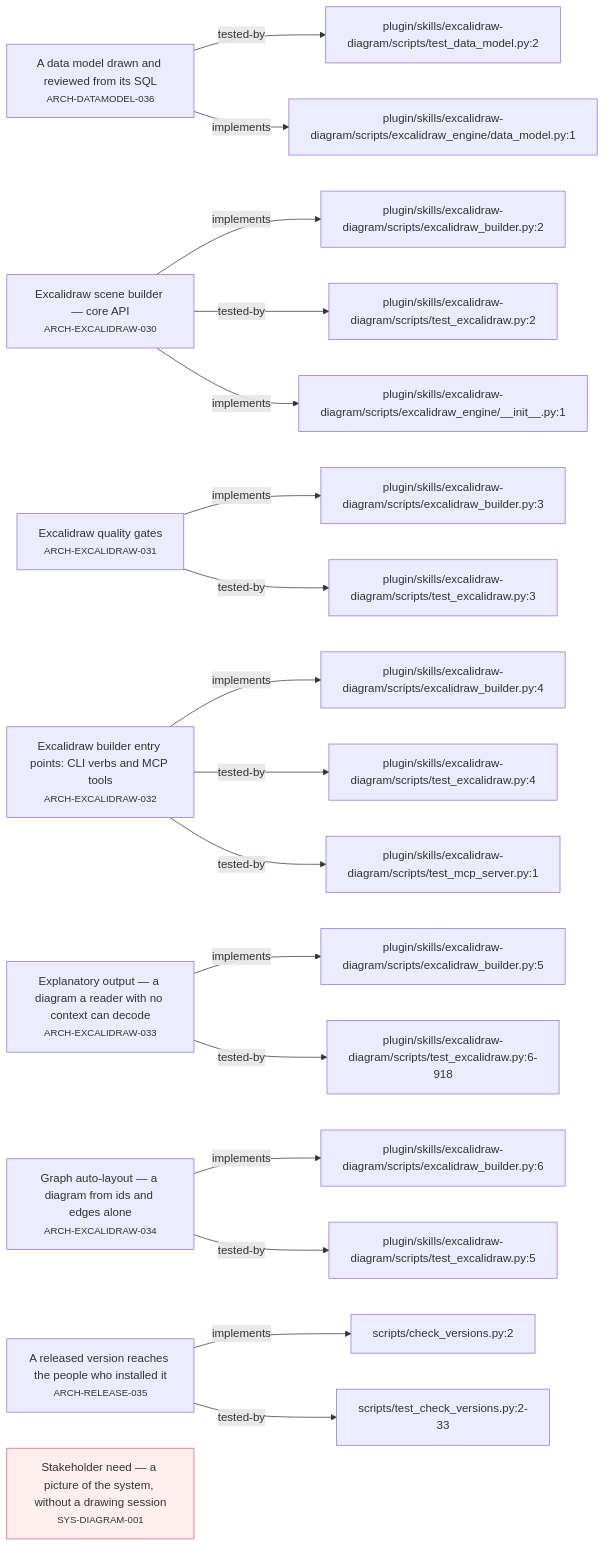
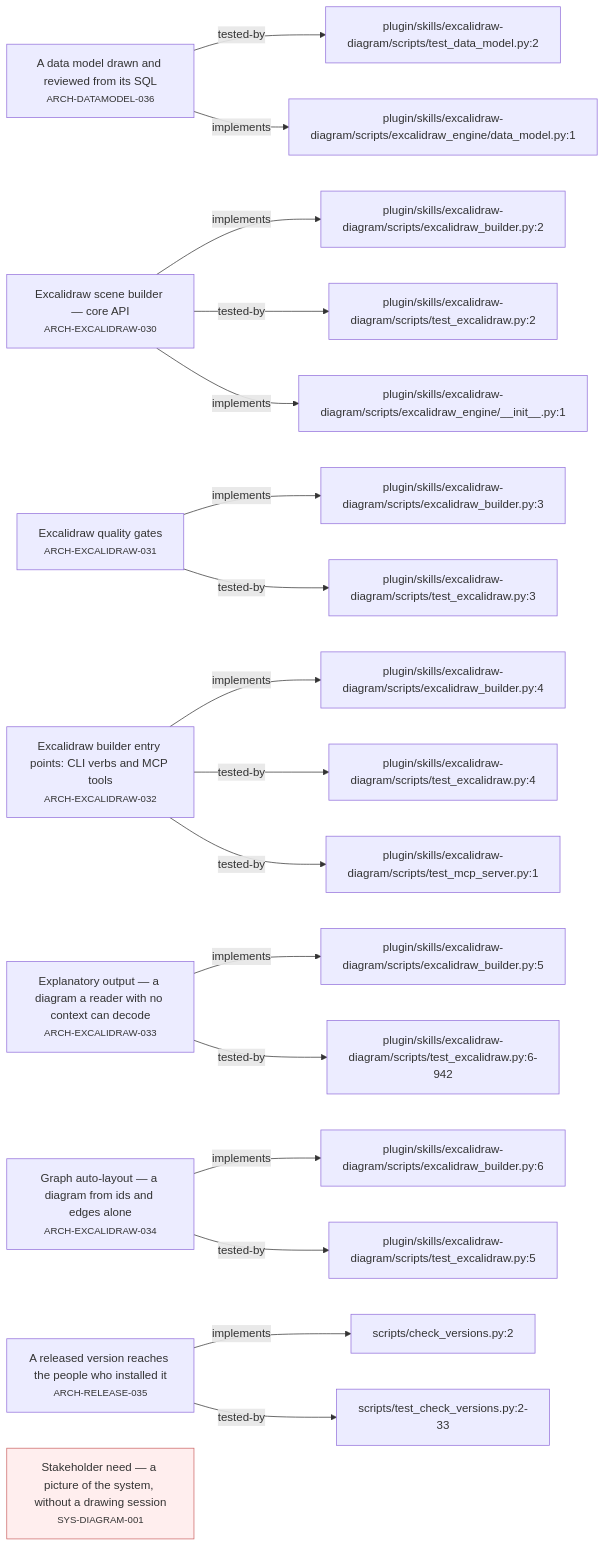
Before and after one commit to alxmax/excalidraw-diagram: the second of 4 diagrams in requirements/_map.md, drawn with Mermaid. The commit also changed other lines of this file and 12 other files, not shown here.

````diff
--- a/requirements/_map.md
+++ b/requirements/_map.md
@@ -70,44 +71,44 @@
 ```mermaid
 graph LR
   ARCH_DATAMODEL_036["A data model drawn and reviewed from its SQL<br><small>ARCH-DATAMODEL-036</small>"]
   f_plugin_skills_excalidraw_diagram_scripts_test_data_model_py_2["plugin/skills/excalidraw-diagram/scripts/test_data_model.py:2"]
   ARCH_DATAMODEL_036 -->|tested-by| f_plugin_skills_excalidraw_diagram_scripts_test_data_model_py_2
   f_plugin_skills_excalidraw_diagram_scripts_excalidraw_engine_data_model_py_1["plugin/skills/excalidraw-diagram/scripts/excalidraw_engine/data_model.py:1"]
   ARCH_DATAMODEL_036 -->|implements| f_plugin_skills_excalidraw_diagram_scripts_excalidraw_engine_data_model_py_1
   ARCH_EXCALIDRAW_030["Excalidraw scene builder — core API<br><small>ARCH-EXCALIDRAW-030</small>"]
   f_plugin_skills_excalidraw_diagram_scripts_excalidraw_builder_py_2["plugin/skills/excalidraw-diagram/scripts/excalidraw_builder.py:2"]
   ARCH_EXCALIDRAW_030 -->|implements| f_plugin_skills_excalidraw_diagram_scripts_excalidraw_builder_py_2
   f_plugin_skills_excalidraw_diagram_scripts_test_excalidraw_py_2["plugin/skills/excalidraw-diagram/scripts/test_excalidraw.py:2"]
   ARCH_EXCALIDRAW_030 -->|tested-by| f_plugin_skills_excalidraw_diagram_scripts_test_excalidraw_py_2
   f_plugin_skills_excalidraw_diagram_scripts_excalidraw_engine___init___py_1["plugin/skills/excalidraw-diagram/scripts/excalidraw_engine/__init__.py:1"]
   ARCH_EXCALIDRAW_030 -->|implements| f_plugin_skills_excalidraw_diagram_scripts_excalidraw_engine___init___py_1
   ARCH_EXCALIDRAW_031["Excalidraw quality gates<br><small>ARCH-EXCALIDRAW-031</small>"]
   f_plugin_skills_excalidraw_diagram_scripts_excalidraw_builder_py_3["plugin/skills/excalidraw-diagram/scripts/excalidraw_builder.py:3"]
   ARCH_EXCALIDRAW_031 -->|implements| f_plugin_skills_excalidraw_diagram_scripts_excalidraw_builder_py_3
   f_plugin_skills_excalidraw_diagram_scripts_test_excalidraw_py_3["plugin/skills/excalidraw-diagram/scripts/test_excalidraw.py:3"]
   ARCH_EXCALIDRAW_031 -->|tested-by| f_plugin_skills_excalidraw_diagram_scripts_test_excalidraw_py_3
   ARCH_EXCALIDRAW_032["Excalidraw builder entry points: CLI verbs and MCP tools<br><small>ARCH-EXCALIDRAW-032</small>"]
   f_plugin_skills_excalidraw_diagram_scripts_excalidraw_builder_py_4["plugin/skills/excalidraw-diagram/scripts/excalidraw_builder.py:4"]
   ARCH_EXCALIDRAW_032 -->|implements| f_plugin_skills_excalidraw_diagram_scripts_excalidraw_builder_py_4
   f_plugin_skills_excalidraw_diagram_scripts_test_excalidraw_py_4["plugin/skills/excalidraw-diagram/scripts/test_excalidraw.py:4"]
   ARCH_EXCALIDRAW_032 -->|tested-by| f_plugin_skills_excalidraw_diagram_scripts_test_excalidraw_py_4
   f_plugin_skills_excalidraw_diagram_scripts_test_mcp_server_py_1["plugin/skills/excalidraw-diagram/scripts/test_mcp_server.py:1"]
   ARCH_EXCALIDRAW_032 -->|tested-by| f_plugin_skills_excalidraw_diagram_scripts_test_mcp_server_py_1
   ARCH_EXCALIDRAW_033["Explanatory output — a diagram a reader with no context can decode<br><small>ARCH-EXCALIDRAW-033</small>"]
   f_plugin_skills_excalidraw_diagram_scripts_excalidraw_builder_py_5["plugin/skills/excalidraw-diagram/scripts/excalidraw_builder.py:5"]
   ARCH_EXCALIDRAW_033 -->|implements| f_plugin_skills_excalidraw_diagram_scripts_excalidraw_builder_py_5
-  f_plugin_skills_excalidraw_diagram_scripts_test_excalidraw_py_6_918["plugin/skills/excalidraw-diagram/scripts/test_excalidraw.py:6-918"]
-  ARCH_EXCALIDRAW_033 -->|tested-by| f_plugin_skills_excalidraw_diagram_scripts_test_excalidraw_py_6_918
+  f_plugin_skills_excalidraw_diagram_scripts_test_excalidraw_py_6_942["plugin/skills/excalidraw-diagram/scripts/test_excalidraw.py:6-942"]
+  ARCH_EXCALIDRAW_033 -->|tested-by| f_plugin_skills_excalidraw_diagram_scripts_test_excalidraw_py_6_942
   ARCH_EXCALIDRAW_034["Graph auto-layout — a diagram from ids and edges alone<br><small>ARCH-EXCALIDRAW-034</small>"]
   f_plugin_skills_excalidraw_diagram_scripts_excalidraw_builder_py_6["plugin/skills/excalidraw-diagram/scripts/excalidraw_builder.py:6"]
   ARCH_EXCALIDRAW_034 -->|implements| f_plugin_skills_excalidraw_diagram_scripts_excalidraw_builder_py_6
   f_plugin_skills_excalidraw_diagram_scripts_test_excalidraw_py_5["plugin/skills/excalidraw-diagram/scripts/test_excalidraw.py:5"]
   ARCH_EXCALIDRAW_034 -->|tested-by| f_plugin_skills_excalidraw_diagram_scripts_test_excalidraw_py_5
   ARCH_RELEASE_035["A released version reaches the people who installed it<br><small>ARCH-RELEASE-035</small>"]
   f_scripts_check_versions_py_2["scripts/check_versions.py:2"]
   ARCH_RELEASE_035 -->|implements| f_scripts_check_versions_py_2
   f_scripts_test_check_versions_py_2_33["scripts/test_check_versions.py:2-33"]
   ARCH_RELEASE_035 -->|tested-by| f_scripts_test_check_versions_py_2_33
   SYS_DIAGRAM_001["Stakeholder need — a picture of the system, without a drawing session<br><small>SYS-DIAGRAM-001</small>"]
   style SYS_DIAGRAM_001 fill:#fee,stroke:#c66
 ```
````
